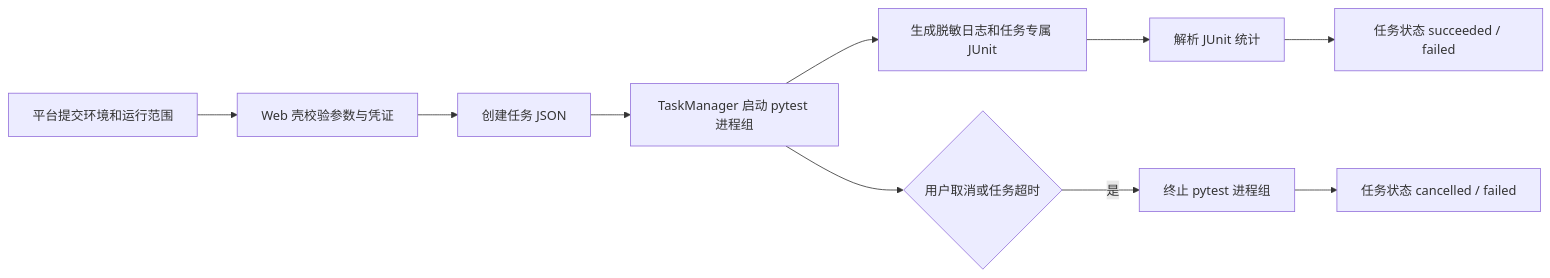
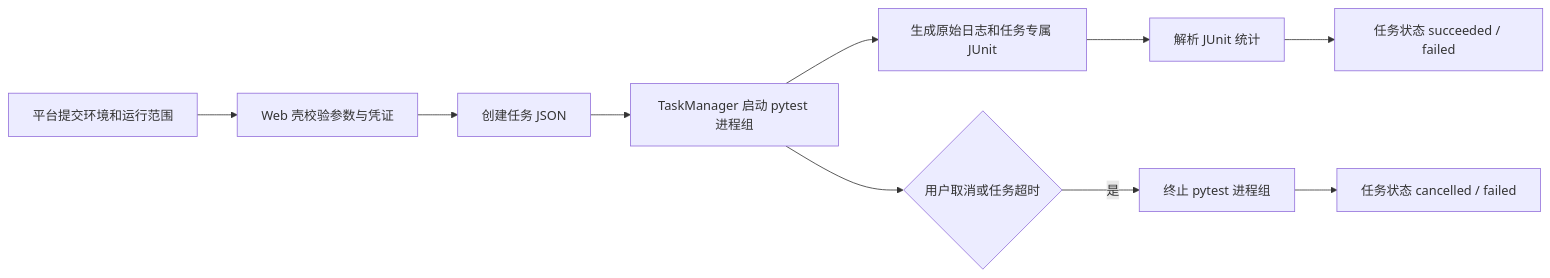
The third of 3 diagrams in Truthy_ApiAutoTest2/接口自动化工具_设计与搭建分享.md (Lnyy-CZJ/Testproject), drawn with Mermaid before and after one commit. The commit also changed other lines of this file and 274 other files, not shown here.

````diff
--- a/Truthy_ApiAutoTest2/接口自动化工具_设计与搭建分享.md
+++ b/Truthy_ApiAutoTest2/接口自动化工具_设计与搭建分享.md
@@ -209,12 +217,12 @@
 ```mermaid
 flowchart LR
     A[平台提交环境和运行范围] --> B[Web 壳校验参数与凭证]
     B --> C[创建任务 JSON]
     C --> D[TaskManager 启动 pytest 进程组]
-    D --> E[生成脱敏日志和任务专属 JUnit]
+    D --> E[生成原始日志和任务专属 JUnit]
     E --> F[解析 JUnit 统计]
     F --> G[任务状态 succeeded / failed]
     D --> H{用户取消或任务超时}
     H -- 是 --> I[终止 pytest 进程组]
     I --> J[任务状态 cancelled / failed]
 ```
````
